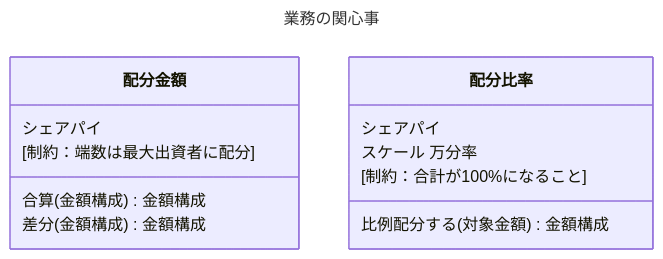
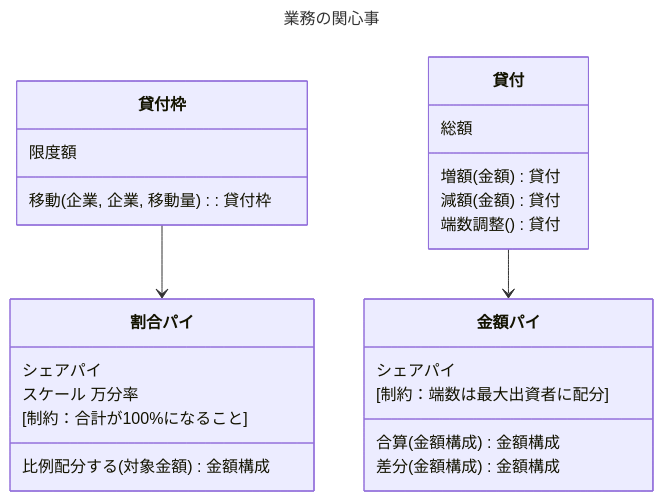
The diagram in src/main/java/com/example/domain/model/jjugccc2024/advanced/proportion/業務クラス図.mmd (masuda220/business-logic-patterns), drawn with Mermaid before and after one commit. The commit also changed 8 other files, not shown here.

Commit message:
シャアパイ　説明の図

```diff
--- a/src/main/java/com/example/domain/model/jjugccc2024/advanced/proportion/業務クラス図.mmd
+++ b/src/main/java/com/example/domain/model/jjugccc2024/advanced/proportion/業務クラス図.mmd
@@ -1,16 +1,30 @@
 ---
 title: 業務の関心事
 ---
 classDiagram
-    class 配分金額 {
+    貸付枠 --> 割合パイ
+    貸付 --> 金額パイ
+    class 貸付枠 {
+        限度額
+        移動(企業, 企業, 移動量) : 貸付枠
+    }
+
+    class 貸付 {
+        総額
+        増額(金額) 貸付
+        減額(金額) 貸付
+        端数調整() 貸付
+    }
+
+    class 金額パイ {
         シェアパイ
         [制約：端数は最大出資者に配分]
         合算(金額構成) 金額構成
         差分(金額構成) 金額構成
     }
-    class 配分比率 {
+    class 割合パイ {
         シェアパイ
         スケール 万分率
         [制約：合計が100%になること]
         比例配分する(対象金額) 金額構成
     }
```
